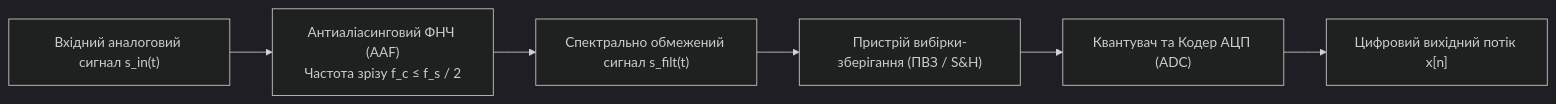
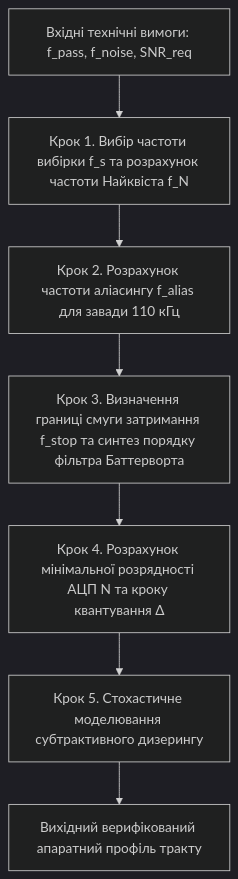
Before and after one commit to KyryloVadurin/signal-image-processing: the sixth of 6 diagrams in docs/lk/lk1.md, drawn with Mermaid (dark theme). The commit also changed other lines of this file, not shown here.

````diff
--- a/docs/lk/lk1.md
+++ b/docs/lk/lk1.md
@@ -214,8 +669,9 @@
 ```mermaid
-flowchart LR
-    A["Вхідний аналоговий сигнал s_in(t)"] --> B["Антиаліасинговий ФНЧ (AAF)<br>Частота зрізу f_c ≤ f_s / 2"]
-    B --> C["Спектрально обмежений сигнал s_filt(t)"]
-    C --> D["Пристрій вибірки-зберігання (ПВЗ / S&H)"]
-    D --> E["Квантувач та Кодер АЦП (ADC)"]
-    E --> F["Цифровий вихідний потік x[n]"]
+flowchart TD
+    A["Вхідні технічні вимоги: f_pass, f_noise, SNR_req"] --> B["Крок 1. Вибір частоти вибірки f_s та розрахунок частоти Найквіста f_N"]
+    B --> C["Крок 2. Розрахунок частоти аліасингу f_alias для завади 110 кГц"]
+    C --> D["Крок 3. Визначення границі смуги затримання f_stop та синтез порядку фільтра Баттерворта"]
+    D --> E["Крок 4. Розрахунок мінімальної розрядності АЦП N та кроку квантування Δ"]
+    E --> F["Крок 5. Стохастичне моделювання субтрактивного дизерингу"]
+    F --> G["Вихідний верифікований апаратний профіль тракту"]
 ```
````
